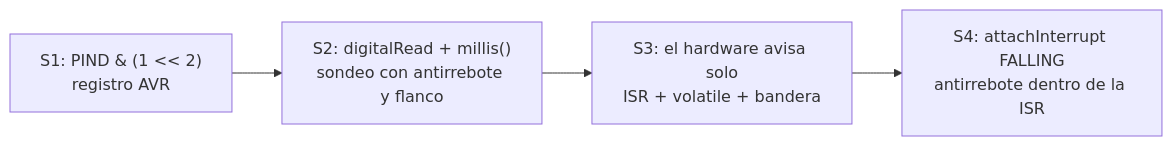
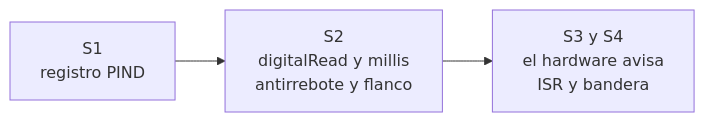
The second of 6 diagrams in unidad-1/apuntes/repaso-prueba.md (AlejandroTatum/sistemas-digitales-unl), drawn with Mermaid before and after one commit. The commit also changed other lines of this file and 16 other files, not shown here.

````diff
--- a/unidad-1/apuntes/repaso-prueba.md
+++ b/unidad-1/apuntes/repaso-prueba.md
@@ -20,6 +18,5 @@
 ```mermaid
 flowchart LR
-    A["S1: PIND #amp; (1 #lt;#lt; 2)<br/>registro AVR"] --> B["S2: digitalRead + millis()<br/>sondeo con antirrebote y flanco"]
-    B --> C["S3: el hardware avisa solo<br/>ISR + volatile + bandera"]
-    C --> D["S4: attachInterrupt FALLING<br/>antirrebote dentro de la ISR"]
+    A["S1<br/>registro PIND"] --> B["S2<br/>digitalRead y millis<br/>antirrebote y flanco"]
+    B --> C["S3 y S4<br/>el hardware avisa<br/>ISR y bandera"]
 ```
````
